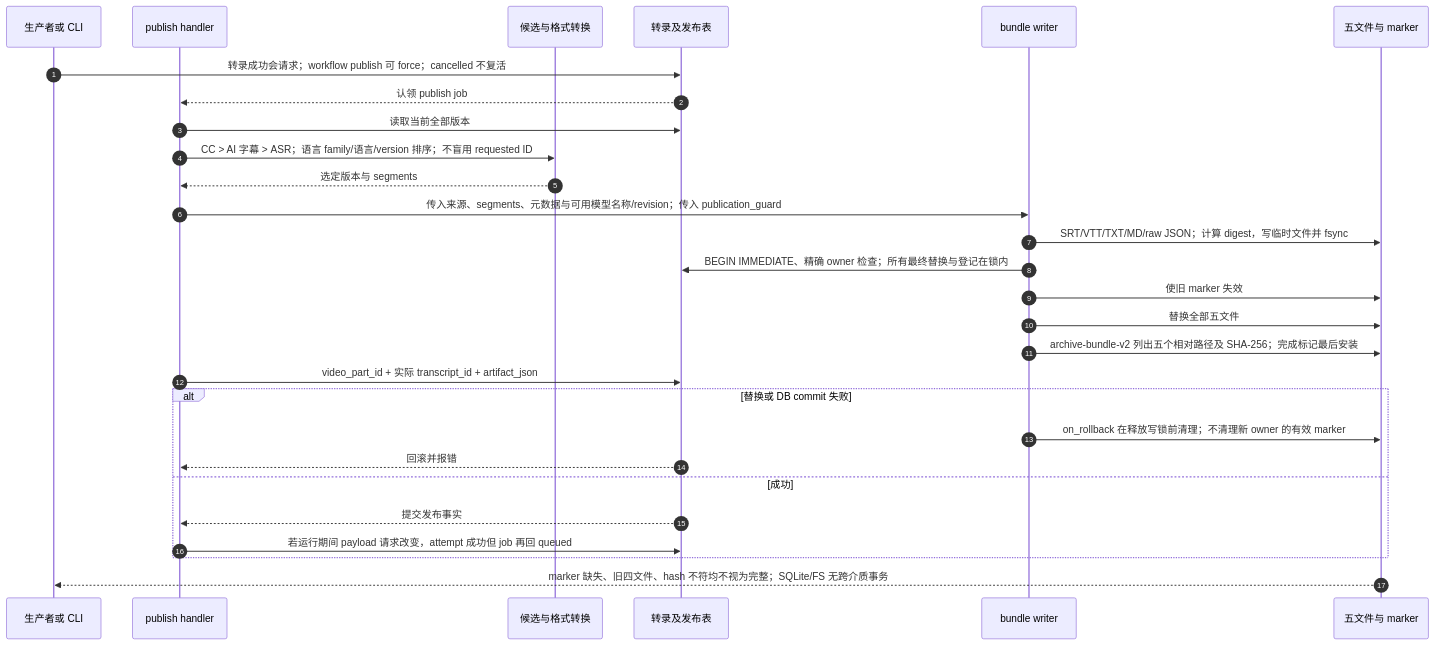
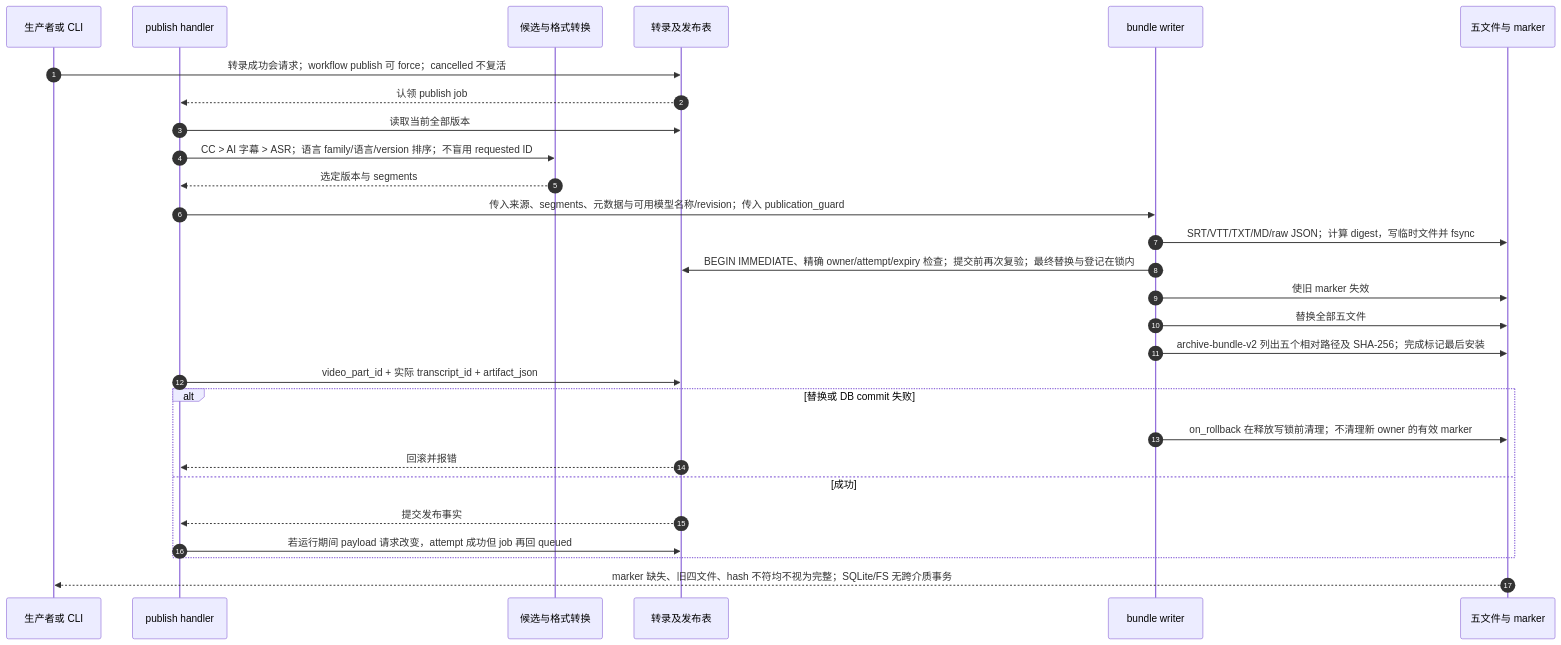
Before and after one commit to SuperCatQR/bilibili-asr-archive: the diagram in docs/sequences/08-transcript-bundle.md, drawn with Mermaid. The commit also changed other lines of this file and 66 other files, not shown here.

Commit message:
Document repaired boundaries and pin all architecture diagrams

````diff
--- a/docs/sequences/08-transcript-bundle.md
+++ b/docs/sequences/08-transcript-bundle.md
@@ -9,30 +9,30 @@
 ```mermaid
 sequenceDiagram
     autonumber
     participant requests as 生产者或 CLI
     participant handler as publish handler
     participant projection as 候选与格式转换
     participant db as 转录及发布表
     participant writer as bundle writer
     participant files as 五文件与 marker
     requests->>db: 转录成功会请求；workflow publish 可 force；cancelled 不复活
     db-->>handler: 认领 publish job
     handler->>db: 读取当前全部版本
     handler->>projection: CC > AI 字幕 > ASR；语言 family/语言/version 排序；不盲用 requested ID
     projection-->>handler: 选定版本与 segments
     handler->>writer: 传入来源、segments、元数据与可用模型名称/revision；传入 publication_guard
     writer->>files: SRT/VTT/TXT/MD/raw JSON；计算 digest，写临时文件并 fsync
-    writer->>db: BEGIN IMMEDIATE、精确 owner 检查；所有最终替换与登记在锁内
+    writer->>db: BEGIN IMMEDIATE、精确 owner/attempt/expiry 检查；提交前再次复验；最终替换与登记在锁内
     writer->>files: 使旧 marker 失效
     writer->>files: 替换全部五文件
     writer->>files: archive-bundle-v2 列出五个相对路径及 SHA-256；完成标记最后安装
     handler->>db: video_part_id + 实际 transcript_id + artifact_json
     alt 替换或 DB commit 失败
     writer->>files: on_rollback 在释放写锁前清理；不清理新 owner 的有效 marker
     db-->>handler: 回滚并报错
     else 成功
     db-->>handler: 提交发布事实
     handler->>db: 若运行期间 payload 请求改变，attempt 成功但 job 再回 queued
     end
     files-->>requests: marker 缺失、旧四文件、hash 不符均不视为完整；SQLite/FS 无跨介质事务
 ```
````
